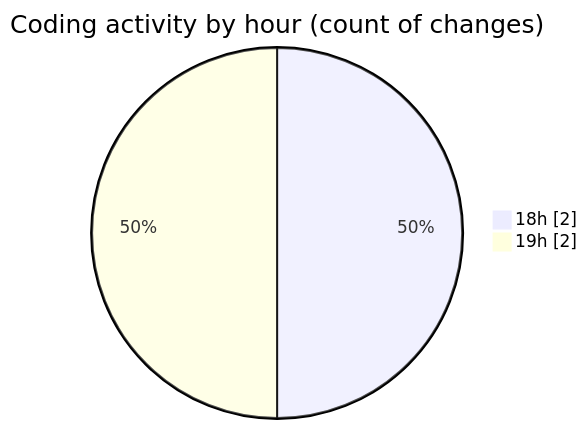
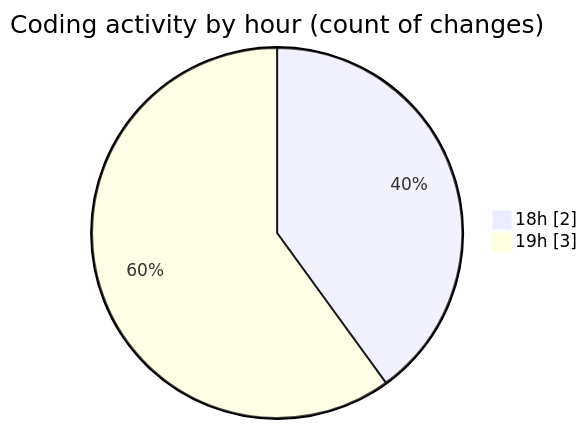
The second of 2 diagrams in 2026-02-08/fondamentals/README.md (hasnaa123/code-tracking), drawn with Mermaid before and after one commit. The commit also changed other lines of this file and 1 other file, not shown here.

````diff
--- a/2026-02-08/fondamentals/README.md
+++ b/2026-02-08/fondamentals/README.md
@@ -30,6 +31,6 @@
 ```mermaid
 pie showData
 title Coding activity by hour (count of changes)
 "18h" : 2
-"19h" : 2
+"19h" : 3
 ```
````
